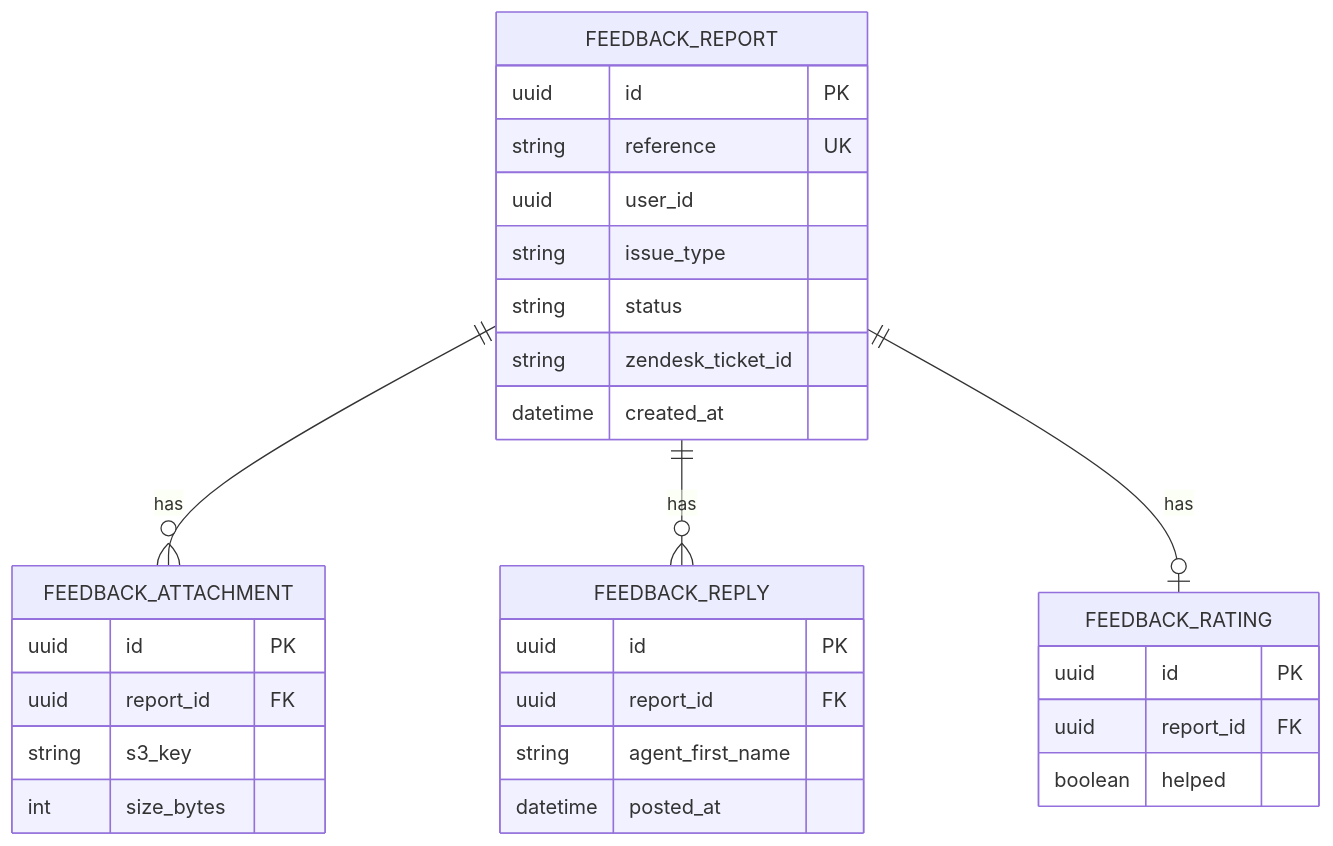
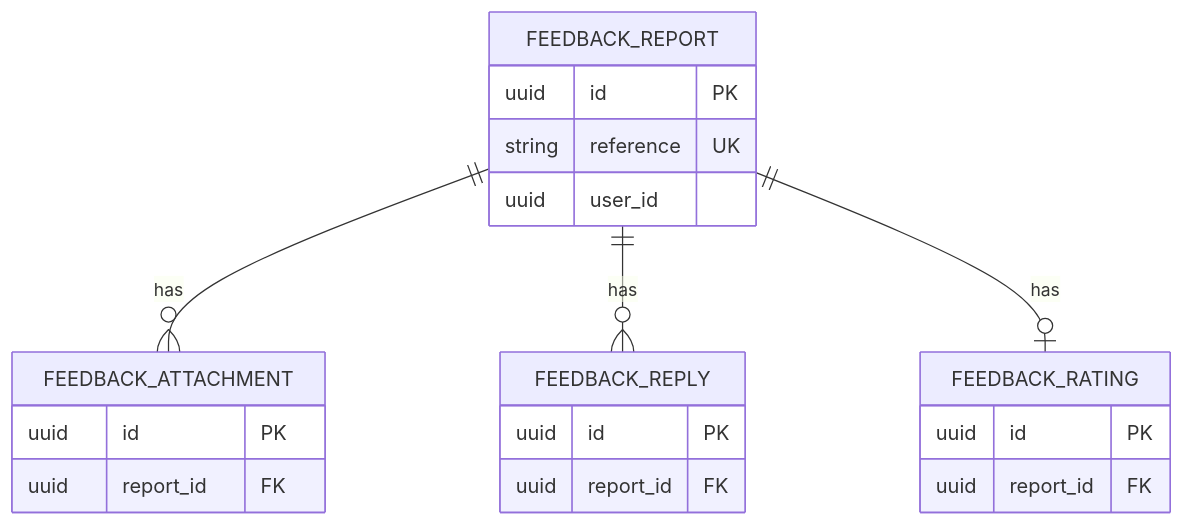
One commit to wudiclann/project_docs changed the second of 3 diagrams in TRD/TRD_Sample_In-App_Feedback.md. Above: the diagram before and after it, drawn with Mermaid. The commit also changed other lines of this file and 12 other files, not shown here.

````diff
--- a/TRD/TRD_Sample_In-App_Feedback.md
+++ b/TRD/TRD_Sample_In-App_Feedback.md
@@ -141,32 +141,23 @@
 ```mermaid
 erDiagram
   FEEDBACK_REPORT ||--o{ FEEDBACK_ATTACHMENT : has
   FEEDBACK_REPORT ||--o{ FEEDBACK_REPLY : has
   FEEDBACK_REPORT ||--o| FEEDBACK_RATING : has
   FEEDBACK_REPORT {
     uuid id PK
     string reference UK
     uuid user_id
-    string issue_type
-    string status
-    string zendesk_ticket_id
-    datetime created_at
   }
   FEEDBACK_ATTACHMENT {
     uuid id PK
     uuid report_id FK
-    string s3_key
-    int size_bytes
   }
   FEEDBACK_REPLY {
     uuid id PK
     uuid report_id FK
-    string agent_first_name
-    datetime posted_at
   }
   FEEDBACK_RATING {
     uuid id PK
     uuid report_id FK
-    boolean helped
   }
 ```
````
